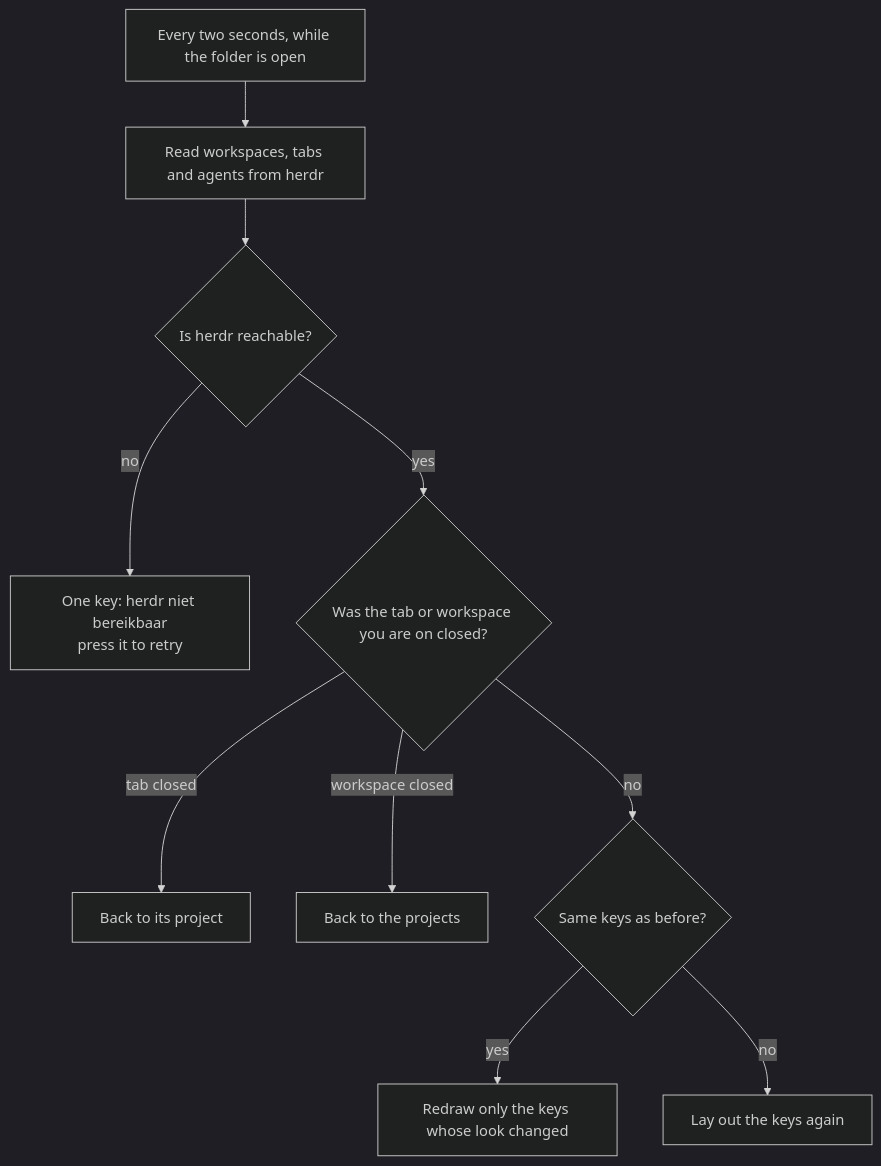
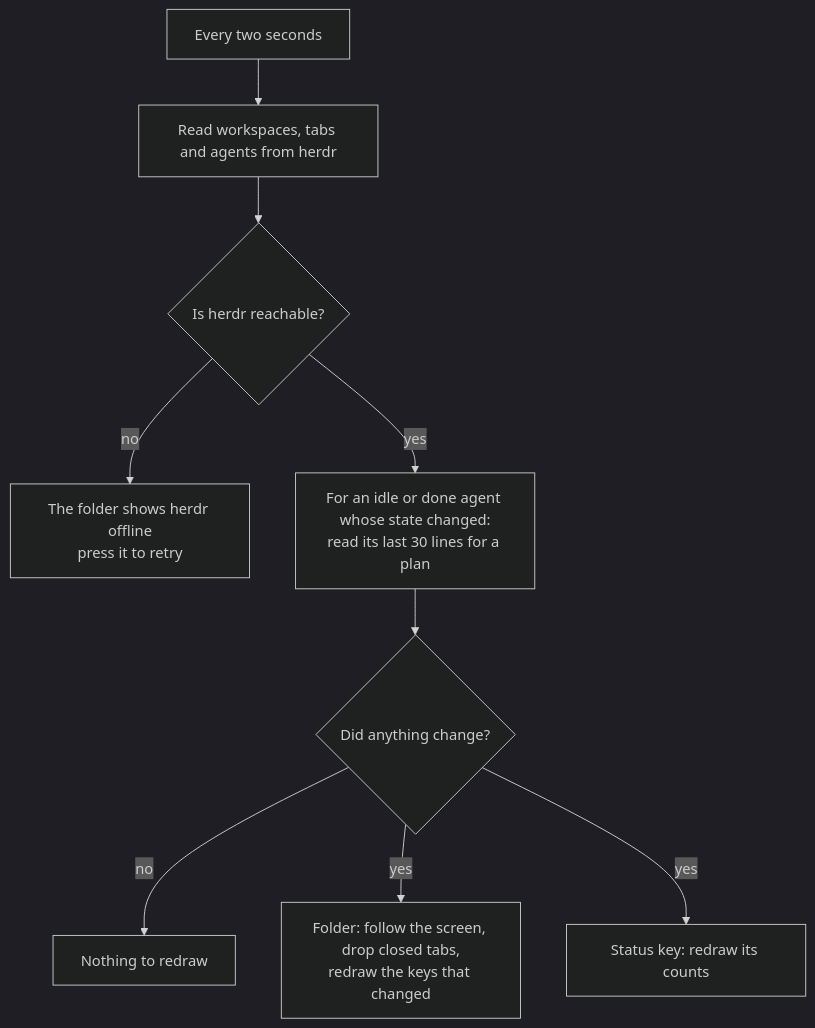
Before and after one commit to PieterLuypaert/helm: the seventh of 7 diagrams in docs/flows.md, drawn with Mermaid (dark theme). The commit also changed other lines of this file and 2 other files, not shown here.

First line of the commit message:
docs: show how the keypad and the screen work together

````diff
--- a/docs/flows.md
+++ b/docs/flows.md
@@ -72,12 +147,11 @@
 ```mermaid
 flowchart TD
-    tick["Every two seconds, while the folder is open"] --> read["Read workspaces, tabs and agents from herdr"]
+    tick["Every two seconds"] --> read["Read workspaces, tabs and agents from herdr"]
     read --> reachable{"Is herdr reachable?"}
-    reachable -->|no| offline["One key: herdr niet bereikbaar<br/>press it to retry"]
-    reachable -->|yes| closed{"Was the tab or workspace you are on closed?"}
-    closed -->|tab closed| upOne["Back to its project"]
-    closed -->|workspace closed| upTwo["Back to the projects"]
-    closed -->|no| same{"Same keys as before?"}
-    same -->|yes| redraw["Redraw only the keys whose look changed"]
-    same -->|no| relayout["Lay out the keys again"]
+    reachable -->|no| offline["The folder shows herdr offline<br/>press it to retry"]
+    reachable -->|yes| plan["For an idle or done agent whose state changed:<br/>read its last 30 lines for a plan"]
+    plan --> changed{"Did anything change?"}
+    changed -->|no| quiet["Nothing to redraw"]
+    changed -->|yes| folder["Folder: follow the screen, drop closed tabs,<br/>redraw the keys that changed"]
+    changed -->|yes| statusKey["Status key: redraw its counts"]
 ```
````
